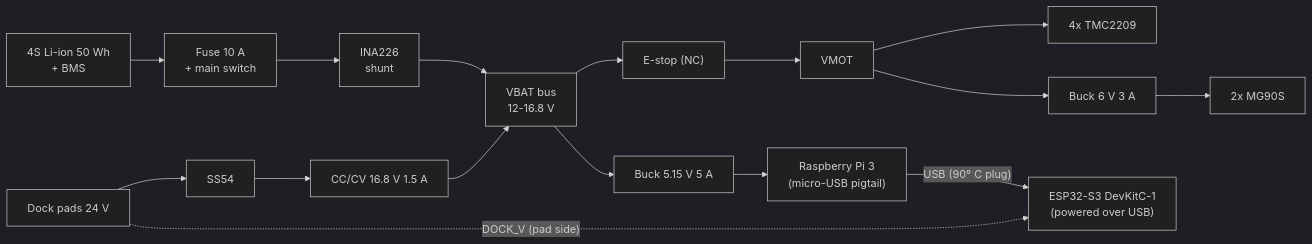
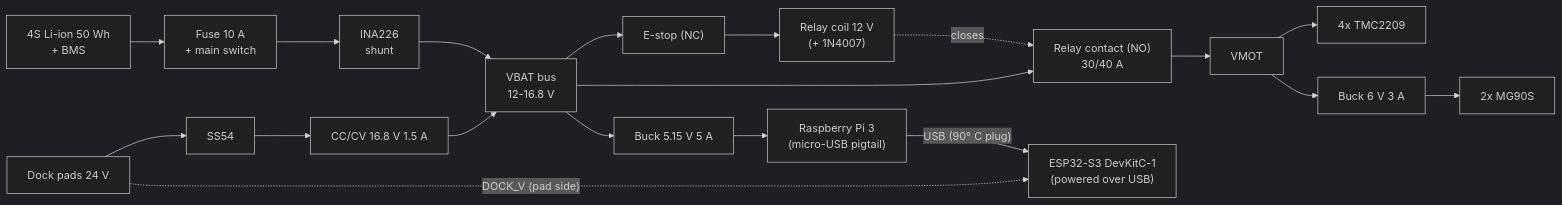
One commit to freethought101/RackBotGen3 changed the diagram in docs/spec/02-electrical.md. Above: the diagram before and after it, drawn with Mermaid (dark theme). The commit also changed other lines of this file and 4 other files, not shown here.

First line of the commit message:
Switch the robot E-stop to a VMOT relay (spec v0.1.8)

````diff
--- a/docs/spec/02-electrical.md
+++ b/docs/spec/02-electrical.md
@@ -19,11 +19,13 @@
 ```mermaid
 flowchart LR
   BAT["4S Li-ion 50 Wh\n+ BMS"] --> F["Fuse 10 A\n+ main switch"] --> INA["INA226\nshunt"] --> BUS["VBAT bus\n12-16.8 V"]
   DOCK["Dock pads 24 V"] --> D["SS54"] --> CHG["CC/CV 16.8 V 1.5 A"] --> BUS
   DOCK -. "DOCK_V (pad side)" .-> ESP
-  BUS --> ES["E-stop (NC)"] --> VMOT["VMOT"]
+  BUS --> ES["E-stop (NC)"] --> K["Relay coil 12 V\n(+ 1N4007)"]
+  BUS --> KC["Relay contact (NO)\n30/40 A"] --> VMOT["VMOT"]
+  K -. "closes" .-> KC
   VMOT --> TMC["4x TMC2209"]
   VMOT --> B6["Buck 6 V 3 A"] --> SERVO["2x MG90S"]
   BUS --> B5["Buck 5.15 V 5 A"] --> PI["Raspberry Pi 3\n(micro-USB pigtail)"]
   PI -- "USB (90° C plug)" --> ESP["ESP32-S3 DevKitC-1\n(powered over USB)"]
 ```
````
